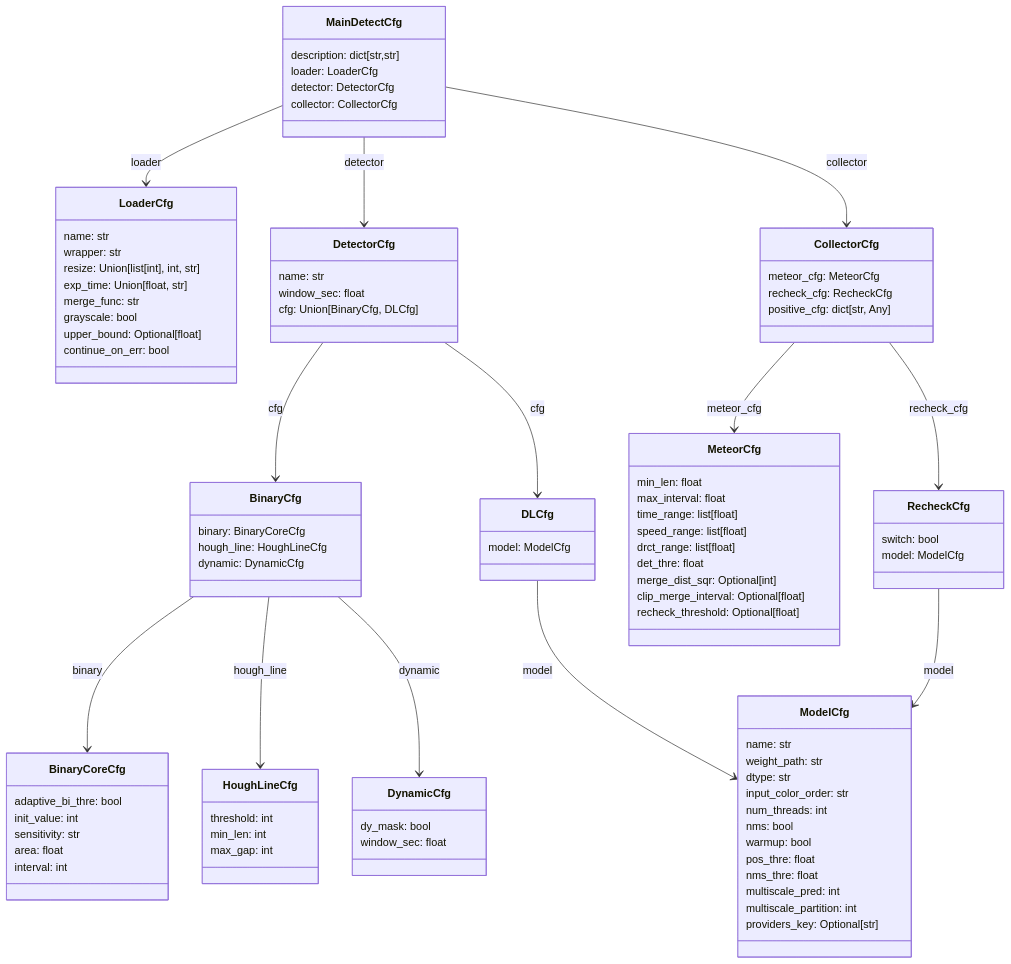
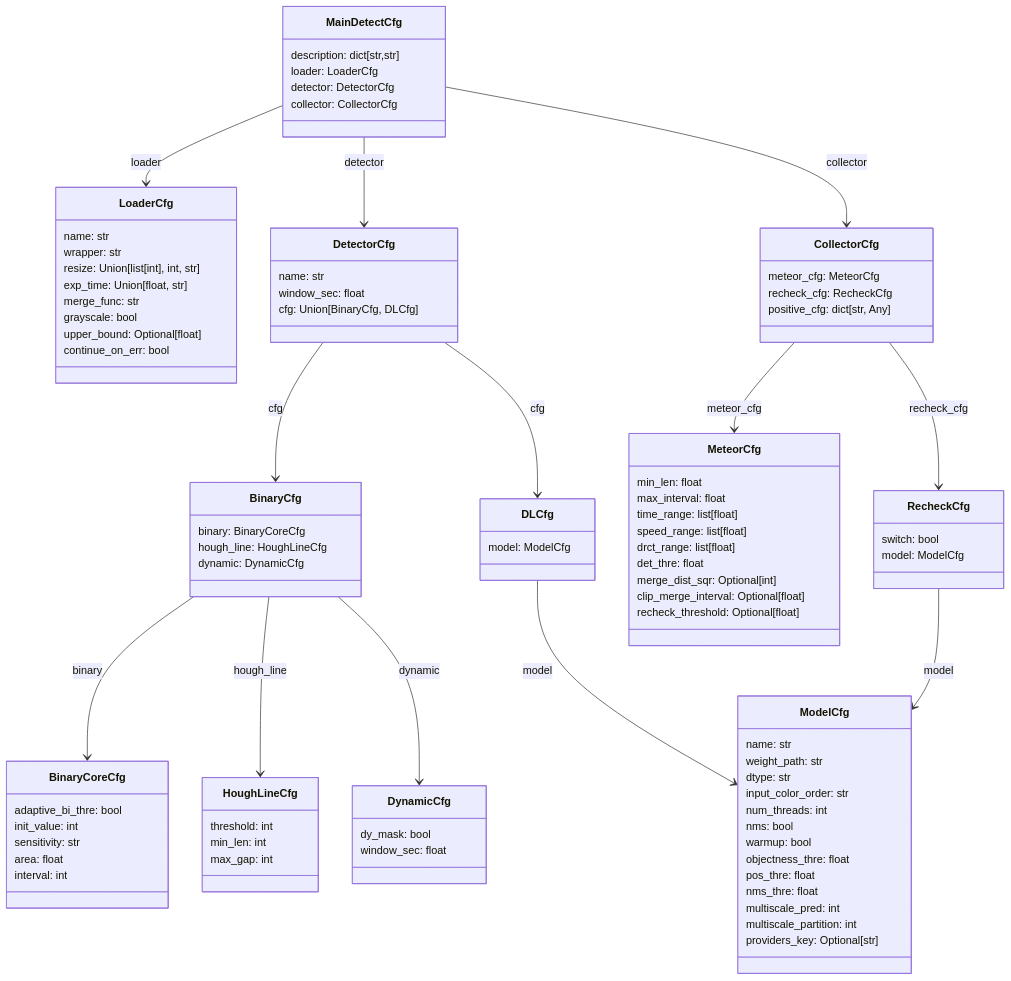
One commit to LilacMeteorObservatory/MetDetPy changed the first of 2 diagrams in docs/config-doc-cn.md. Above: the diagram before and after it, drawn with Mermaid. The commit also changed other lines of this file and 10 other files, not shown here.

```diff
--- a/docs/config-doc-cn.md
+++ b/docs/config-doc-cn.md
@@ -43,6 +43,7 @@
     num_threads: int
     nms: bool
     warmup: bool
+    objectness_thre: float
     pos_thre: float
     nms_thre: float
     multiscale_pred: int
```
